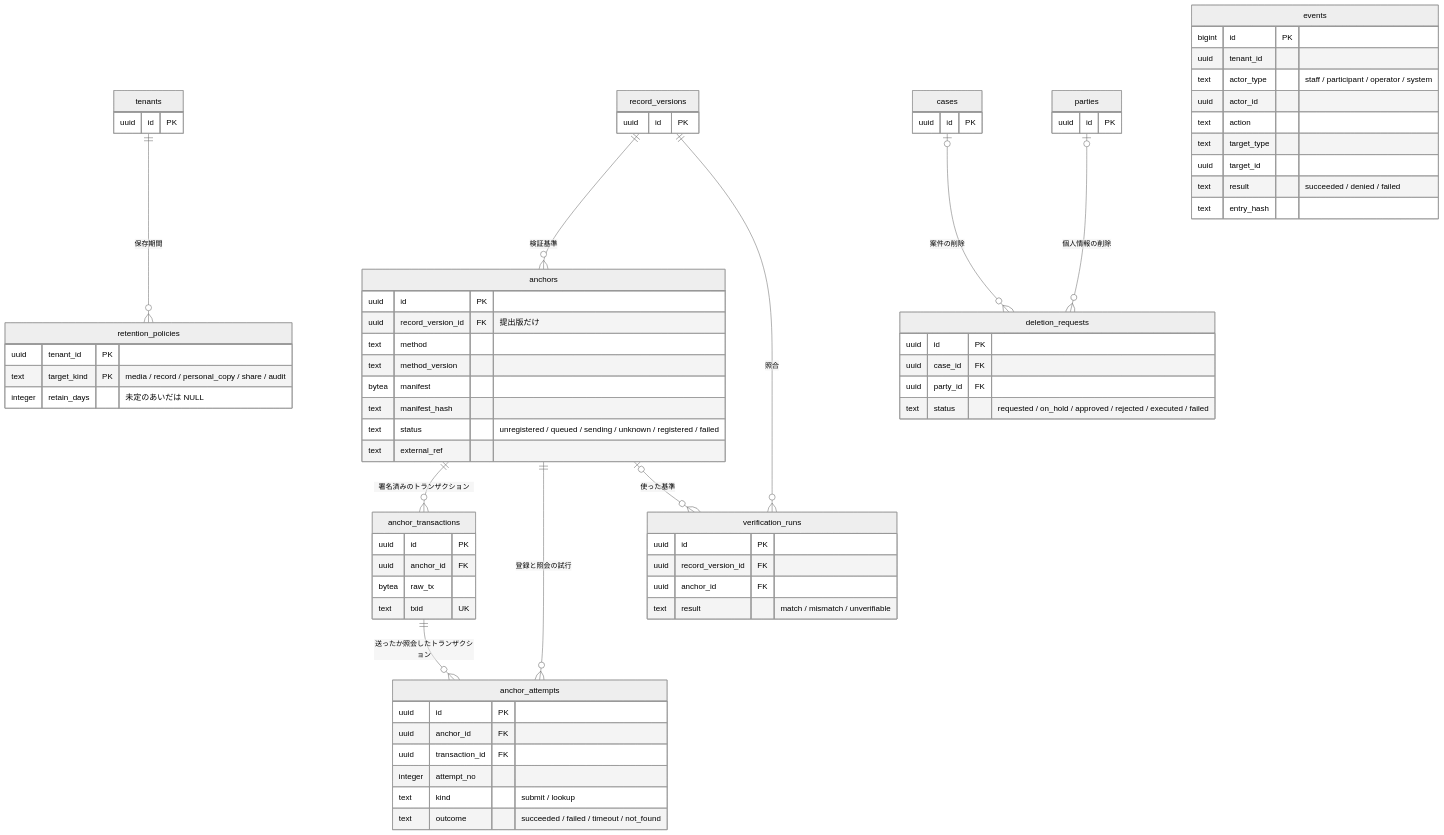
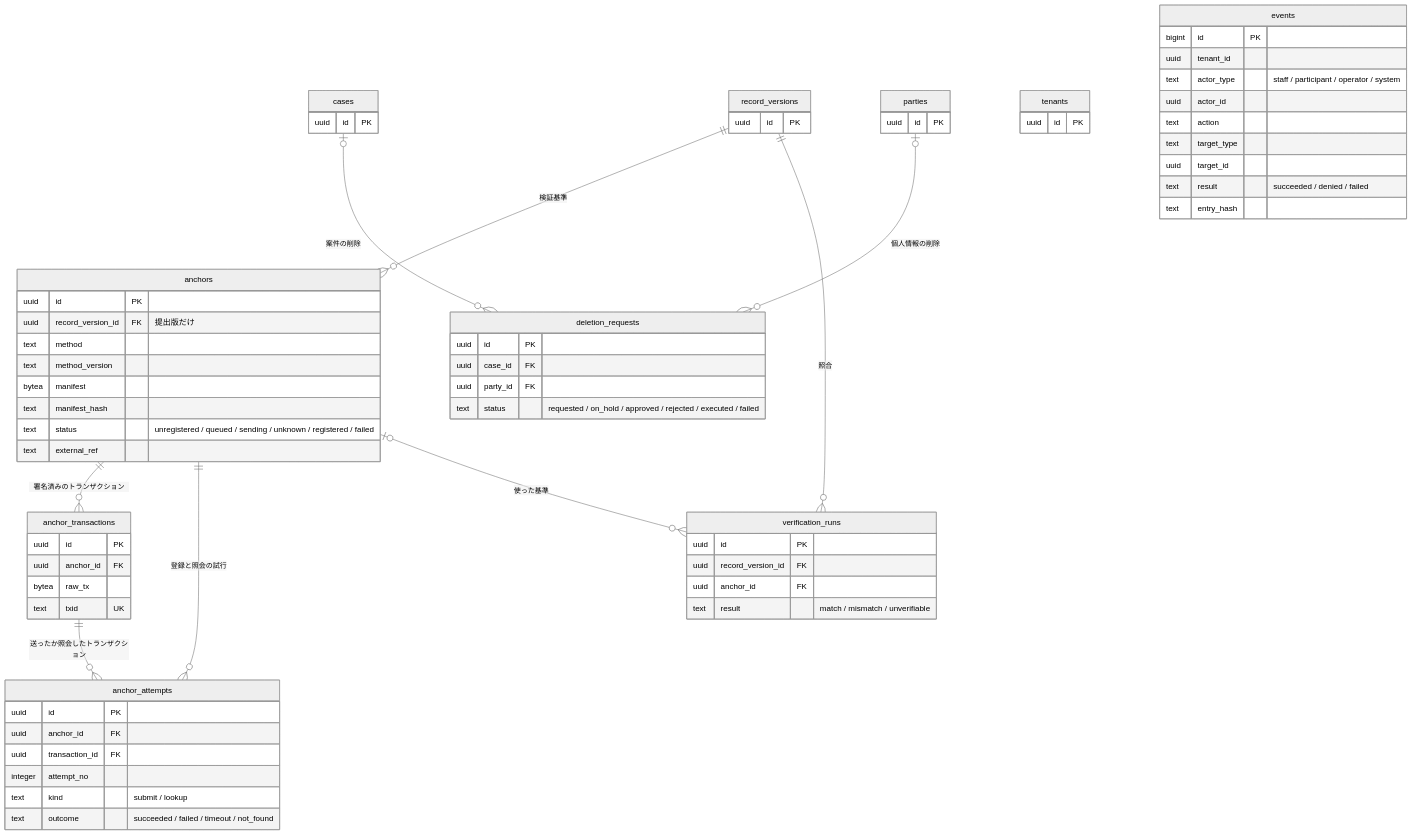
Before and after one commit to nao317/mobile_tracer: the fourth of 4 diagrams in docs/schema/er.md, drawn with Mermaid (neutral theme). The commit also changed other lines of this file and 18 other files, not shown here.

````diff
--- a/docs/schema/er.md
+++ b/docs/schema/er.md
@@ -377,77 +377,71 @@
 ```mermaid
 erDiagram
   record_versions ||--o{ anchors : "検証基準"
   anchors ||--o{ anchor_transactions : "署名済みのトランザクション"
   anchors ||--o{ anchor_attempts : "登録と照会の試行"
   anchor_transactions ||--o{ anchor_attempts : "送ったか照会したトランザクション"
   record_versions ||--o{ verification_runs : "照合"
   anchors |o--o{ verification_runs : "使った基準"
-  tenants ||--o{ retention_policies : "保存期間"
   cases |o--o{ deletion_requests : "案件の削除"
   parties |o--o{ deletion_requests : "個人情報の削除"
 
   record_versions {
     uuid id PK
   }
   tenants {
     uuid id PK
   }
   cases {
     uuid id PK
   }
   parties {
     uuid id PK
   }
   anchors {
     uuid id PK
     uuid record_version_id FK "提出版だけ"
     text method
     text method_version
     bytea manifest
     text manifest_hash
     text status "unregistered / queued / sending / unknown / registered / failed"
     text external_ref
   }
   anchor_transactions {
     uuid id PK
     uuid anchor_id FK
     bytea raw_tx
     text txid UK
   }
   anchor_attempts {
     uuid id PK
     uuid anchor_id FK
     uuid transaction_id FK
     integer attempt_no
     text kind "submit / lookup"
     text outcome "succeeded / failed / timeout / not_found"
   }
   verification_runs {
     uuid id PK
     uuid record_version_id FK
     uuid anchor_id FK
     text result "match / mismatch / unverifiable"
   }
-  retention_policies {
-    uuid tenant_id PK
-    text target_kind PK "media / record / personal_copy / share / audit"
-    integer retain_days "未定のあいだは NULL"
-  }
   deletion_requests {
     uuid id PK
     uuid case_id FK
     uuid party_id FK
     text status "requested / on_hold / approved / rejected / executed / failed"
   }
   events {
     bigint id PK
     uuid tenant_id
     text actor_type "staff / participant / operator / system"
     uuid actor_id
     text action
     text target_type
     uuid target_id
     text result "succeeded / denied / failed"
     text entry_hash
   }
 ```
````
